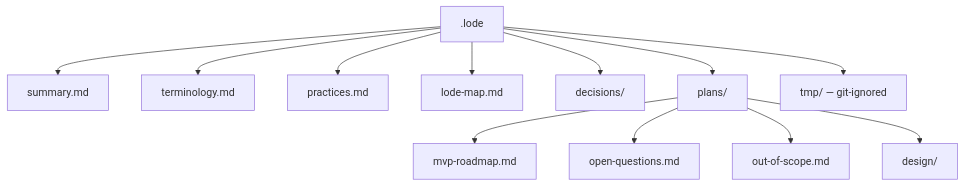
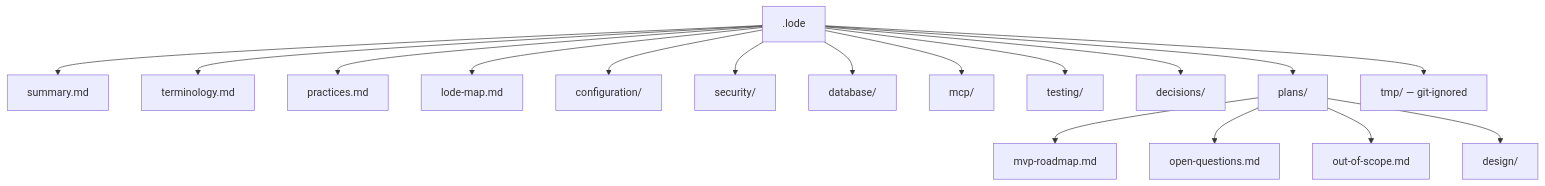
Before and after one commit to xakpc/sqlite-mcp-sidecar: the diagram in .lode/lode-map.md, drawn with Mermaid. The commit also changed other lines of this file and 53 other files, not shown here.

First line of the commit message:
feat(core): configuration, token auth, MCP transport, schema tool, e2e harness

````diff
--- a/.lode/lode-map.md
+++ b/.lode/lode-map.md
@@ -8,14 +8,19 @@
 ```mermaid
 flowchart TD
     root[.lode] --> s[summary.md]
     root --> t[terminology.md]
     root --> p[practices.md]
     root --> m[lode-map.md]
+    root --> cfg[configuration/]
+    root --> sec[security/]
+    root --> dbd[database/]
+    root --> mcpd[mcp/]
+    root --> tst[testing/]
     root --> dec[decisions/]
     root --> plans[plans/]
     root --> tmp[tmp/ — git-ignored]
     plans --> rm[mvp-roadmap.md]
     plans --> oq[open-questions.md]
     plans --> oos[out-of-scope.md]
     plans --> d[design/]
 ```
````
